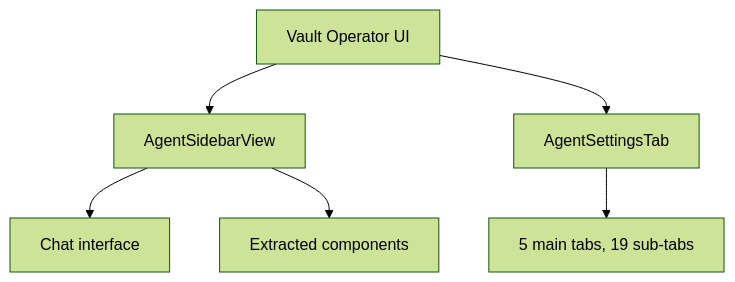
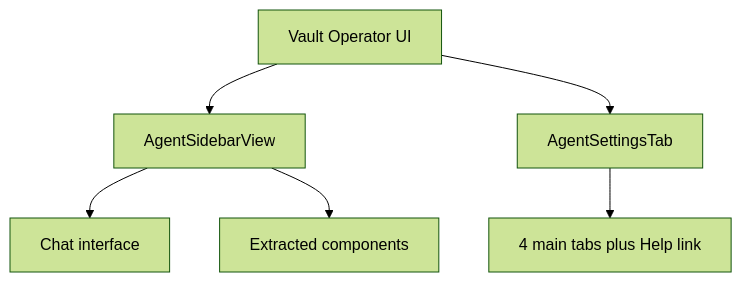
One commit to ivseb/vault-operator changed the diagram in docs/concepts/ui-architecture.md. Above: the diagram before and after it, drawn with Mermaid (forest theme). The commit also changed other lines of this file and 47 other files, not shown here.

````diff
--- a/docs/concepts/ui-architecture.md
+++ b/docs/concepts/ui-architecture.md
@@ -12,8 +12,8 @@
 ```mermaid
 flowchart TD
     O[Vault Operator UI] --> S[AgentSidebarView]
     O --> T[AgentSettingsTab]
     S --> Chat[Chat interface]
     S --> Ext[Extracted components]
-    T --> Tabs[5 main tabs, 19 sub-tabs]
+    T --> Tabs[4 main tabs plus Help link]
 ```
````
